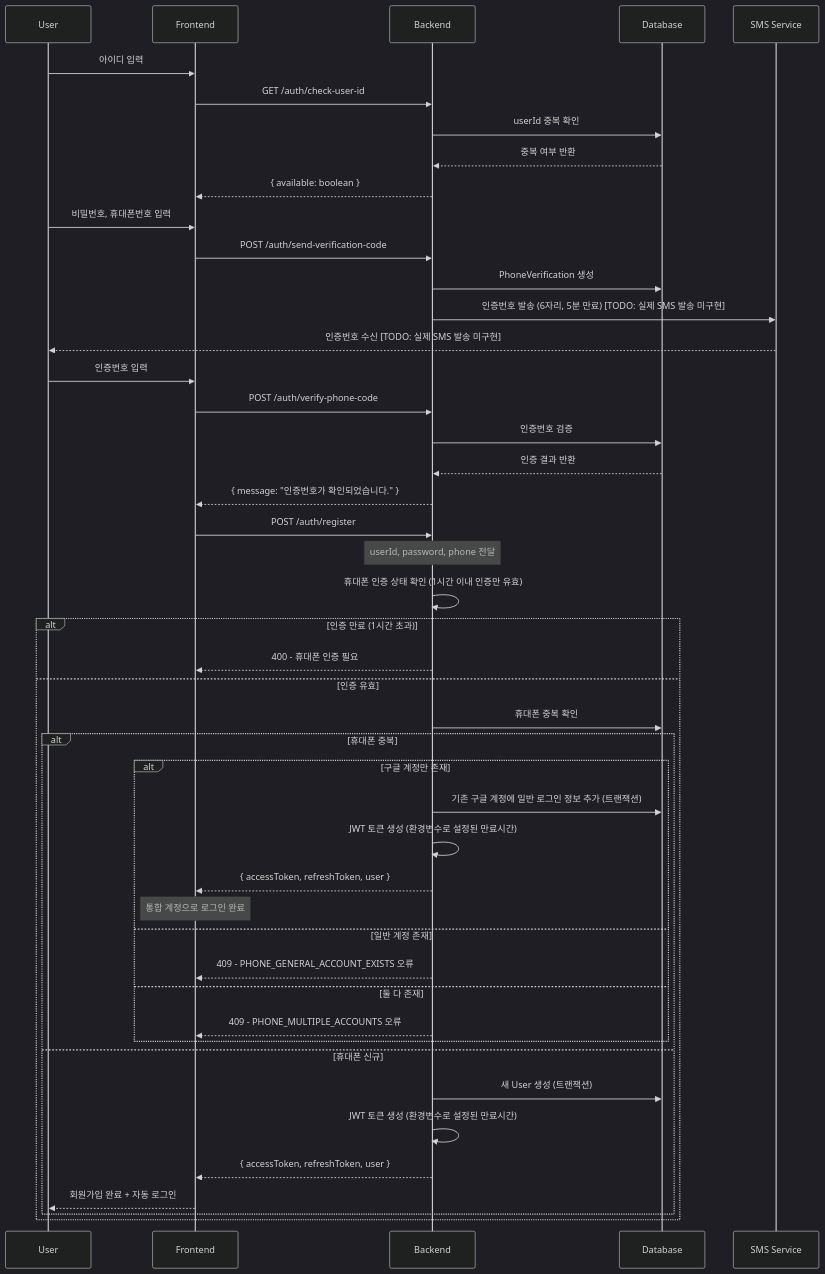
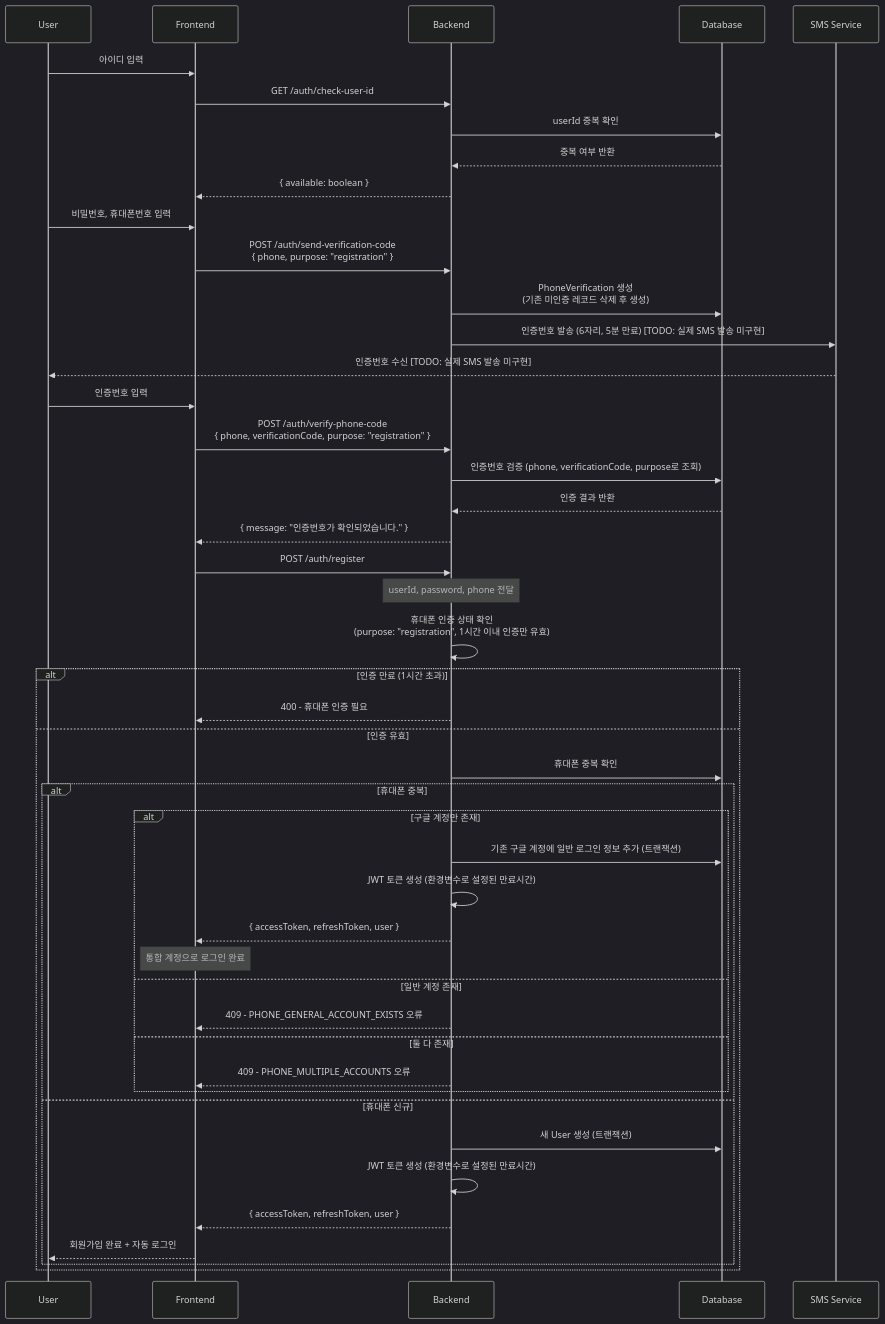
One commit to picake-team/picake-engineering-backend changed the first of 9 diagrams in docs/common/feature/통합 인증 - 가이드.md. Above: the diagram before and after it, drawn with Mermaid (dark theme). The commit also changed other lines of this file and 13 other files, not shown here.

````diff
--- a/docs/common/feature/통합 인증 - 가이드.md
+++ b/docs/common/feature/통합 인증 - 가이드.md
@@ -20,52 +20,52 @@
 ```mermaid
 sequenceDiagram
     participant U as User
     participant F as Frontend
     participant B as Backend
     participant DB as Database
     participant SMS as SMS Service
 
     U->>F: 아이디 입력
     F->>B: GET /auth/check-user-id
     B->>DB: userId 중복 확인
     DB-->>B: 중복 여부 반환
     B-->>F: { available: boolean }
 
     U->>F: 비밀번호, 휴대폰번호 입력
-    F->>B: POST /auth/send-verification-code
-    B->>DB: PhoneVerification 생성
+    F->>B: POST /auth/send-verification-code<br/>{ phone, purpose: "registration" }
+    B->>DB: PhoneVerification 생성<br/>(기존 미인증 레코드 삭제 후 생성)
     B->>SMS: 인증번호 발송 (6자리, 5분 만료) [TODO: 실제 SMS 발송 미구현]
     SMS-->>U: 인증번호 수신 [TODO: 실제 SMS 발송 미구현]
 
     U->>F: 인증번호 입력
-    F->>B: POST /auth/verify-phone-code
-    B->>DB: 인증번호 검증
+    F->>B: POST /auth/verify-phone-code<br/>{ phone, verificationCode, purpose: "registration" }
+    B->>DB: 인증번호 검증 (phone, verificationCode, purpose로 조회)
     DB-->>B: 인증 결과 반환
     B-->>F: { message: "인증번호가 확인되었습니다." }
 
     F->>B: POST /auth/register
     Note over B: userId, password, phone 전달
-    B->>B: 휴대폰 인증 상태 확인 (1시간 이내 인증만 유효)
+    B->>B: 휴대폰 인증 상태 확인<br/>(purpose: "registration", 1시간 이내 인증만 유효)
     alt 인증 만료 (1시간 초과)
         B-->>F: 400 - 휴대폰 인증 필요
     else 인증 유효
         B->>DB: 휴대폰 중복 확인
         alt 휴대폰 중복
             alt 구글 계정만 존재
                 B->>DB: 기존 구글 계정에 일반 로그인 정보 추가 (트랜잭션)
                 B->>B: JWT 토큰 생성 (환경변수로 설정된 만료시간)
                 B-->>F: { accessToken, refreshToken, user }
                 Note over F: 통합 계정으로 로그인 완료
             else 일반 계정 존재
                 B-->>F: 409 - PHONE_GENERAL_ACCOUNT_EXISTS 오류
             else 둘 다 존재
                 B-->>F: 409 - PHONE_MULTIPLE_ACCOUNTS 오류
             end
         else 휴대폰 신규
             B->>DB: 새 User 생성 (트랜잭션)
             B->>B: JWT 토큰 생성 (환경변수로 설정된 만료시간)
             B-->>F: { accessToken, refreshToken, user }
             F-->>U: 회원가입 완료 + 자동 로그인
         end
     end
 ```
````
